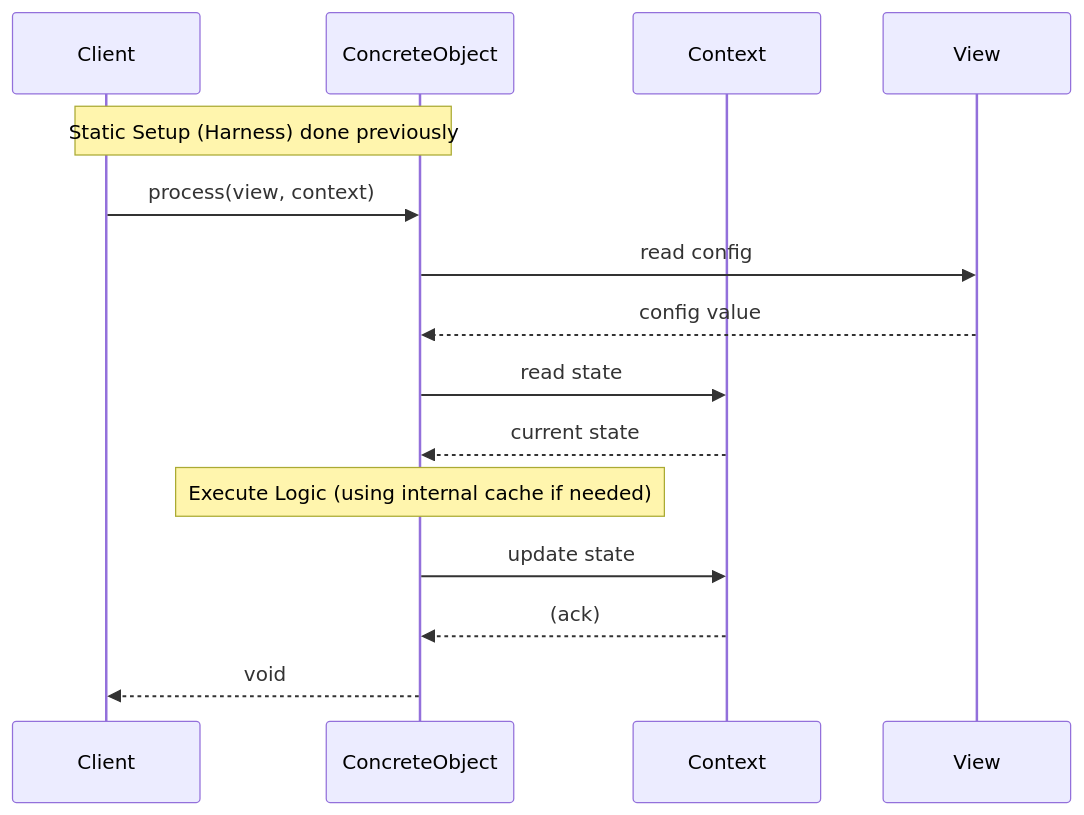
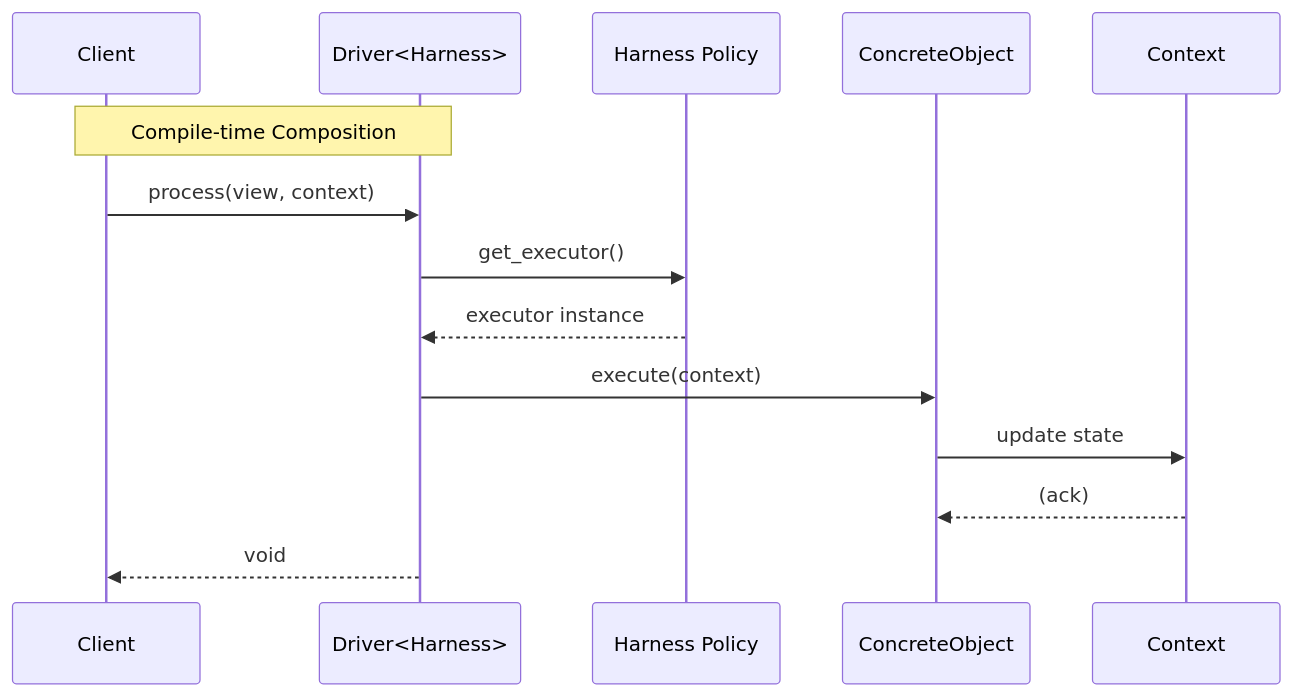
One commit to kmt-t/fireball changed the second of 2 diagrams in docs/orders/patterns/harness.md. Above: the diagram before and after it, drawn with Mermaid. The commit also changed other lines of this file and 11 other files, not shown here.

````diff
--- a/docs/orders/patterns/harness.md
+++ b/docs/orders/patterns/harness.md
@@ -54,24 +57,21 @@
 ```mermaid
 sequenceDiagram
     participant User as Client
+    participant Driver as Driver<Harness>
+    participant Harness as Harness Policy
     participant Obj as ConcreteObject
     participant Data as Context
-    participant View as View
 
-    Note over User, Obj: Static Setup (Harness) done previously
+    Note over User, Driver: Compile-time Composition
 
-    User->>Obj: process(view, context)
+    User->>Driver: process(view, context)
     
-    Obj->>View: read config
-    View-->>Obj: config value
+    Driver->>Harness: get_executor()
+    Harness-->>Driver: executor instance
     
-    Obj->>Data: read state
-    Data-->>Obj: current state
-    
-    Note over Obj: Execute Logic (using internal cache if needed)
-    
+    Driver->>Obj: execute(context)
     Obj->>Data: update state
     Data-->>Obj: (ack)
     
-    Obj-->>User: void
+    Driver-->>User: void
 ```
````
